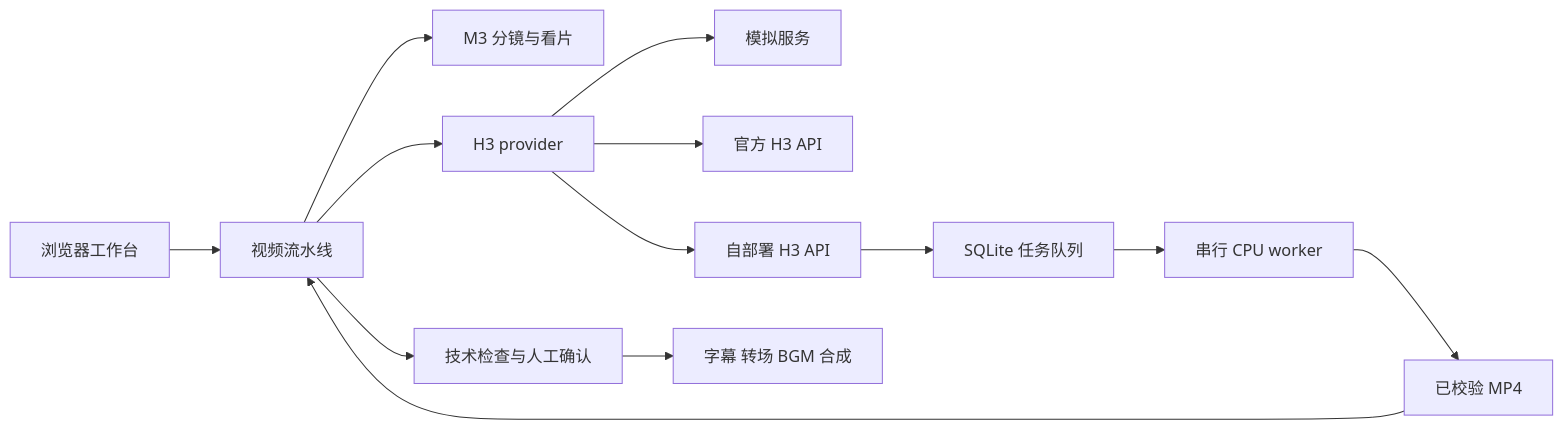
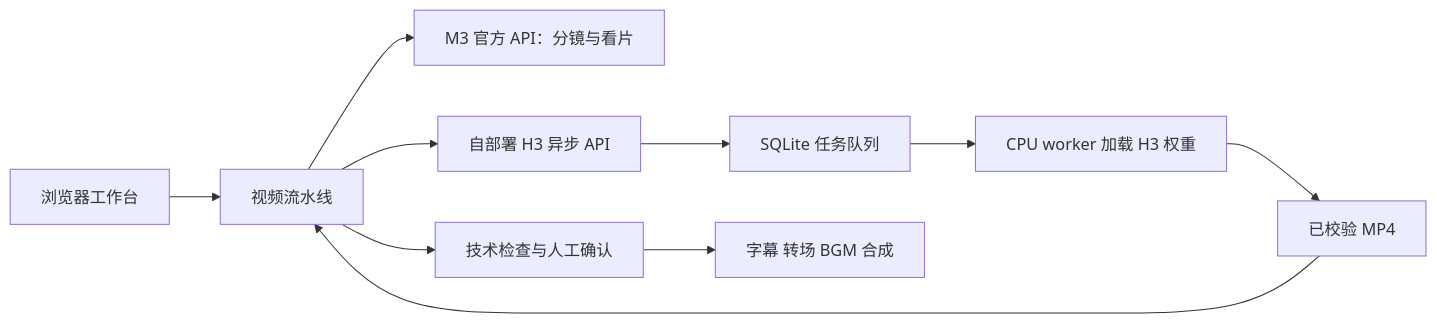
One commit to yyh-steve/minimax-h3-studio changed the diagram in README.md. Above: the diagram before and after it, drawn with Mermaid. The commit also changed other lines of this file and 4 other files, not shown here.

Commit message:
docs: center setup and architecture on self-hosted H3

````diff
--- a/README.md
+++ b/README.md
@@ -68,15 +109,12 @@
 ```mermaid
 flowchart LR
     Browser[浏览器工作台] --> Pipeline[视频流水线]
-    Pipeline --> M3[M3 分镜与看片]
-    Pipeline --> Provider[H3 provider]
-    Provider --> Mock[模拟服务]
-    Provider --> Official[官方 H3 API]
-    Provider --> Local[自部署 H3 API]
+    Pipeline --> M3[M3 官方 API：分镜与看片]
+    Pipeline --> Local[自部署 H3 异步 API]
     Local --> Queue[SQLite 任务队列]
-    Queue --> Worker[串行 CPU worker]
+    Queue --> Worker[CPU worker 加载 H3 权重]
     Worker --> Video[已校验 MP4]
     Video --> Pipeline
     Pipeline --> QC[技术检查与人工确认]
     QC --> Compose[字幕 转场 BGM 合成]
 ```
````
